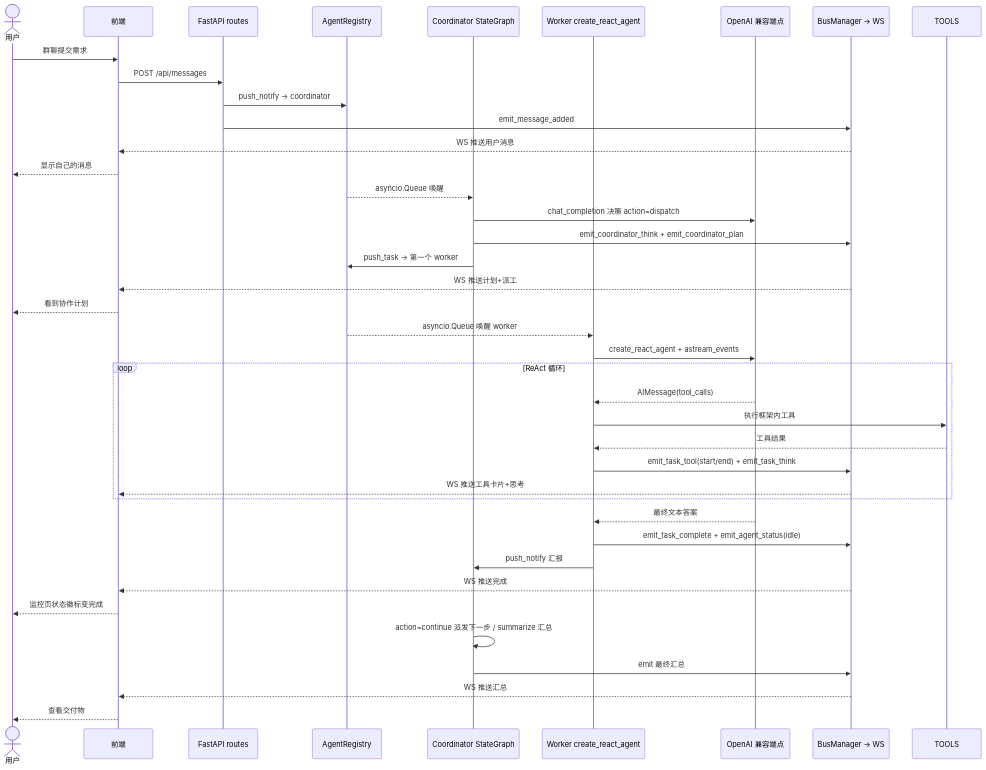
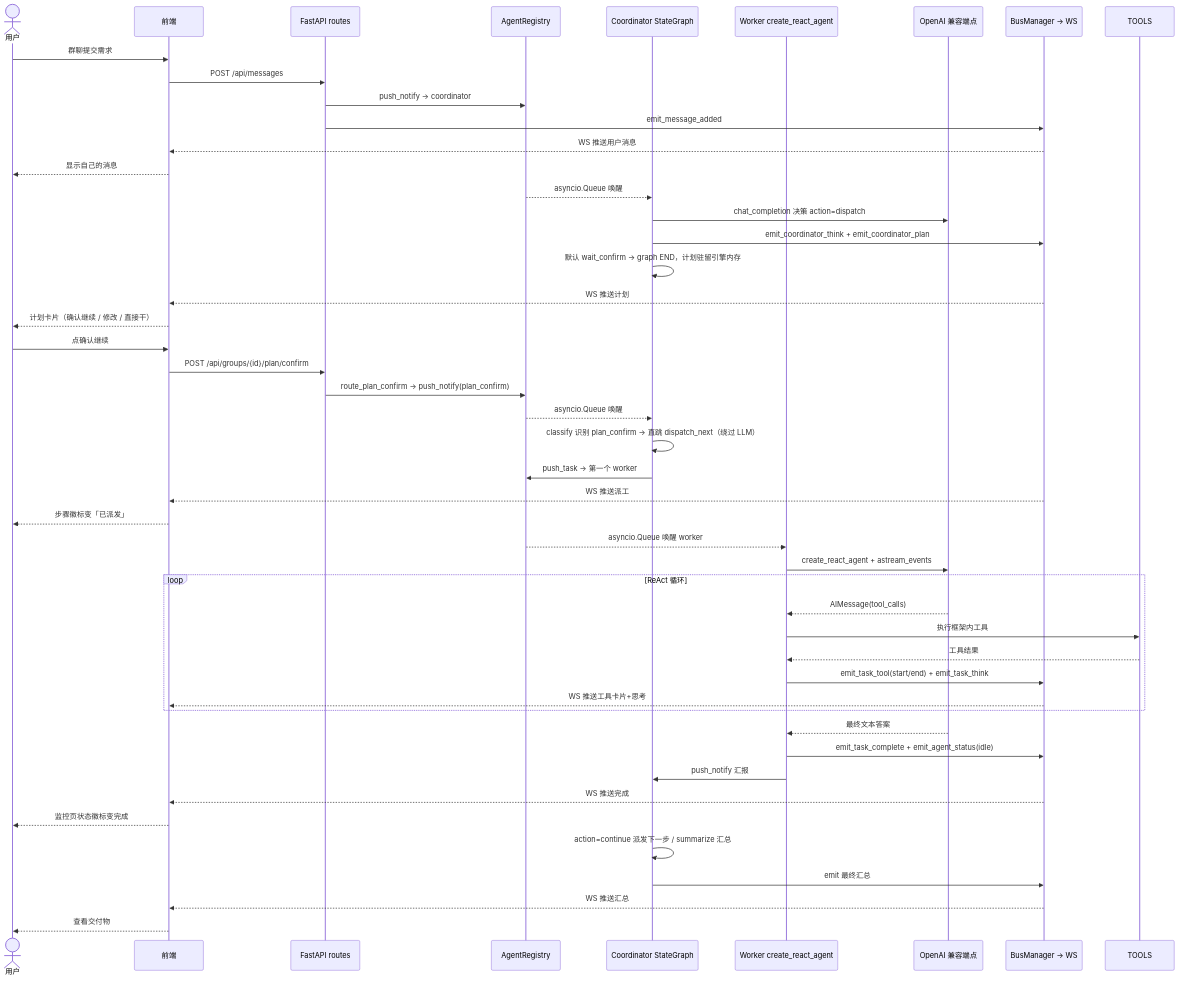
The third of 3 diagrams in README.md (free-wyq/multi-Agent), drawn with Mermaid before and after one commit. The commit also changed other lines of this file and 1 other file, not shown here.

````diff
--- a/README.md
+++ b/README.md
@@ -119,45 +121,54 @@
 ```mermaid
 sequenceDiagram
     actor U as 用户
     participant F as 前端
     participant API as FastAPI routes
     participant REG as AgentRegistry
     participant CO as Coordinator StateGraph
     participant WK as Worker create_react_agent
     participant LLM as OpenAI 兼容端点
     participant BUS as BusManager → WS
 
     U->>F: 群聊提交需求
     F->>API: POST /api/messages
     API->>REG: push_notify → coordinator
     API->>BUS: emit_message_added
     BUS-->>F: WS 推送用户消息
     F-->>U: 显示自己的消息
 
     REG-->>CO: asyncio.Queue 唤醒
     CO->>LLM: chat_completion 决策 action=dispatch
     CO->>BUS: emit_coordinator_think + emit_coordinator_plan
+    CO->>CO: 默认 wait_confirm → graph END，计划驻留引擎内存
+    BUS-->>F: WS 推送计划
+    F-->>U: 计划卡片（确认继续 / 修改 / 直接干）
+
+    U->>F: 点确认继续
+    F->>API: POST /api/groups/{id}/plan/confirm
+    API->>REG: route_plan_confirm → push_notify(plan_confirm)
+    REG-->>CO: asyncio.Queue 唤醒
+    CO->>CO: classify 识别 plan_confirm → 直跳 dispatch_next（绕过 LLM）
     CO->>REG: push_task → 第一个 worker
-    BUS-->>F: WS 推送计划+派工
-    F-->>U: 看到协作计划
+    BUS-->>F: WS 推送派工
+    F-->>U: 步骤徽标变「已派发」
 
     REG-->>WK: asyncio.Queue 唤醒 worker
     WK->>LLM: create_react_agent + astream_events
     loop ReAct 循环
         LLM-->>WK: AIMessage(tool_calls)
         WK->>TOOLS: 执行框架内工具
         TOOLS-->>WK: 工具结果
         WK->>BUS: emit_task_tool(start/end) + emit_task_think
         BUS-->>F: WS 推送工具卡片+思考
     end
     LLM-->>WK: 最终文本答案
     WK->>BUS: emit_task_complete + emit_agent_status(idle)
     WK->>CO: push_notify 汇报
     BUS-->>F: WS 推送完成
     F-->>U: 监控页状态徽标变完成
 
     CO->>CO: action=continue 派发下一步 / summarize 汇总
     CO->>BUS: emit 最终汇总
     BUS-->>F: WS 推送汇总
     F-->>U: 查看交付物
 ```
````
